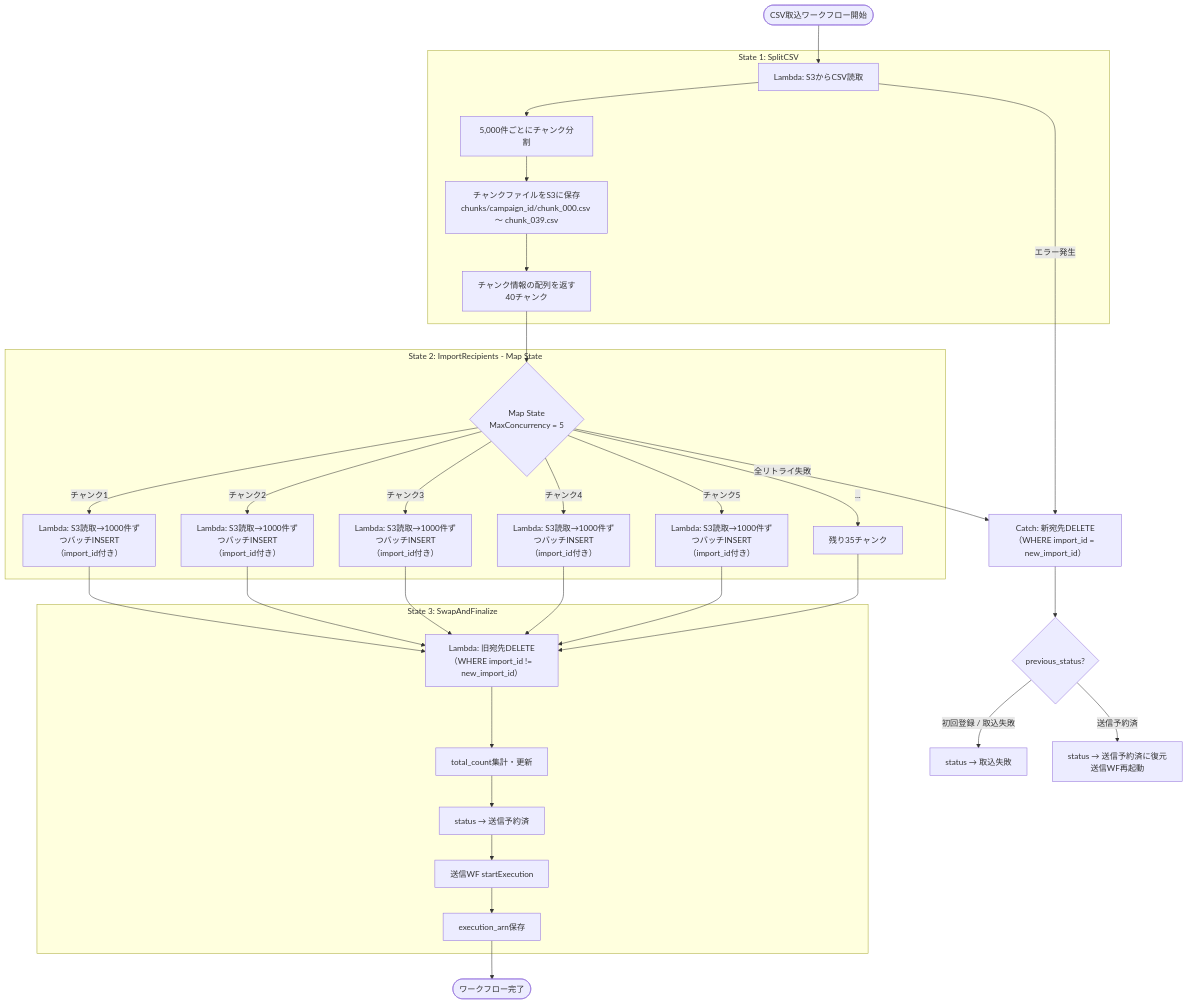
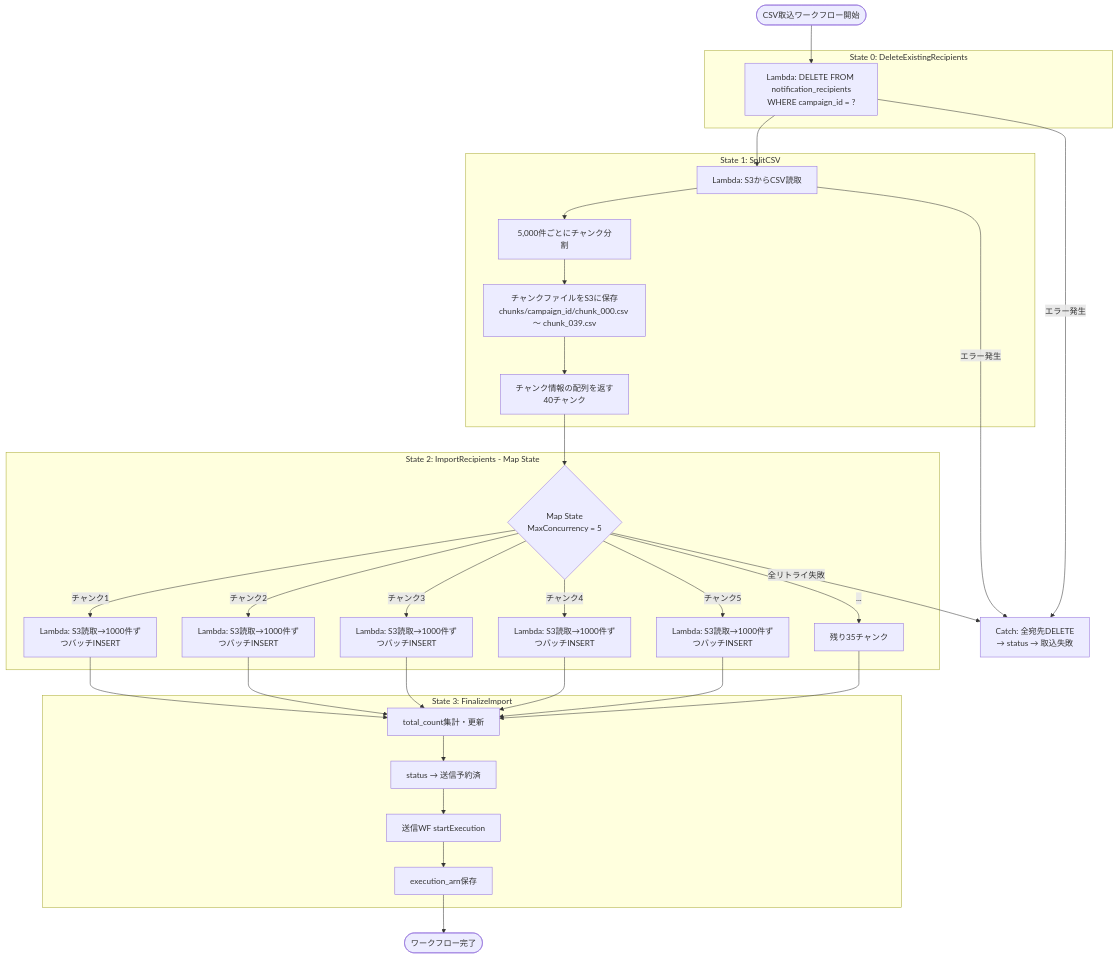
One commit to muratariku0903/mass-emailing changed the second of 2 diagrams in docs/01-registration-flow.md. Above: the diagram before and after it, drawn with Mermaid. The commit also changed other lines of this file and 4 other files, not shown here.

````diff
--- a/docs/01-registration-flow.md
+++ b/docs/01-registration-flow.md
@@ -94,41 +95,44 @@
 ```mermaid
 flowchart TD
-    START([CSV取込ワークフロー開始]) --> S1
+    START([CSV取込ワークフロー開始]) --> S0
+
+    subgraph State0 [State 0: DeleteExistingRecipients]
+        S0["Lambda: DELETE FROM notification_recipients<br/>WHERE campaign_id = ?"]
+    end
+
+    S0 --> S1
 
     subgraph State1 [State 1: SplitCSV]
         S1[Lambda: S3からCSV読取]
         S1 --> S1_2[5,000件ごとにチャンク分割]
         S1_2 --> S1_3["チャンクファイルをS3に保存<br/>chunks/campaign_id/chunk_000.csv 〜 chunk_039.csv"]
         S1_3 --> S1_4[チャンク情報の配列を返す<br/>40チャンク]
     end
 
     S1_4 --> S2
 
     subgraph State2 [State 2: ImportRecipients - Map State]
         S2{Map State<br/>MaxConcurrency = 5}
-        S2 --> |チャンク1| L1["Lambda: S3読取→1000件ずつバッチINSERT<br/>（import_id付き）"]
-        S2 --> |チャンク2| L2["Lambda: S3読取→1000件ずつバッチINSERT<br/>（import_id付き）"]
-        S2 --> |チャンク3| L3["Lambda: S3読取→1000件ずつバッチINSERT<br/>（import_id付き）"]
-        S2 --> |チャンク4| L4["Lambda: S3読取→1000件ずつバッチINSERT<br/>（import_id付き）"]
-        S2 --> |チャンク5| L5["Lambda: S3読取→1000件ずつバッチINSERT<br/>（import_id付き）"]
+        S2 --> |チャンク1| L1["Lambda: S3読取→1000件ずつバッチINSERT"]
+        S2 --> |チャンク2| L2["Lambda: S3読取→1000件ずつバッチINSERT"]
+        S2 --> |チャンク3| L3["Lambda: S3読取→1000件ずつバッチINSERT"]
+        S2 --> |チャンク4| L4["Lambda: S3読取→1000件ずつバッチINSERT"]
+        S2 --> |チャンク5| L5["Lambda: S3読取→1000件ずつバッチINSERT"]
         S2 --> |...| L6[残り35チャンク]
     end
 
     L1 & L2 & L3 & L4 & L5 & L6 --> S3
 
-    subgraph State3 [State 3: SwapAndFinalize]
-        S3["Lambda: 旧宛先DELETE<br/>（WHERE import_id != new_import_id）"]
-        S3 --> S3_2[total_count集計・更新]
-        S3_2 --> S3_3[status → 送信予約済]
-        S3_3 --> S3_4[送信WF startExecution]
-        S3_4 --> S3_5[execution_arn保存]
+    subgraph State3 [State 3: FinalizeImport]
+        S3[total_count集計・更新]
+        S3 --> S3_2[status → 送信予約済]
+        S3_2 --> S3_3[送信WF startExecution]
+        S3_3 --> S3_4[execution_arn保存]
     end
 
-    S3_5 --> END([ワークフロー完了])
+    S3_4 --> END([ワークフロー完了])
 
-    S1 --> |エラー発生| ERR["Catch: 新宛先DELETE<br/>（WHERE import_id = new_import_id）"]
+    S0 --> |エラー発生| ERR["Catch: 全宛先DELETE<br/>→ status → 取込失敗"]
+    S1 --> |エラー発生| ERR
     S2 --> |全リトライ失敗| ERR
-    ERR --> ERR2{previous_status?}
-    ERR2 --> |初回登録 / 取込失敗| ERR3[status → 取込失敗]
-    ERR2 --> |送信予約済| ERR4["status → 送信予約済に復元<br/>送信WF再起動"]
 ```
````
